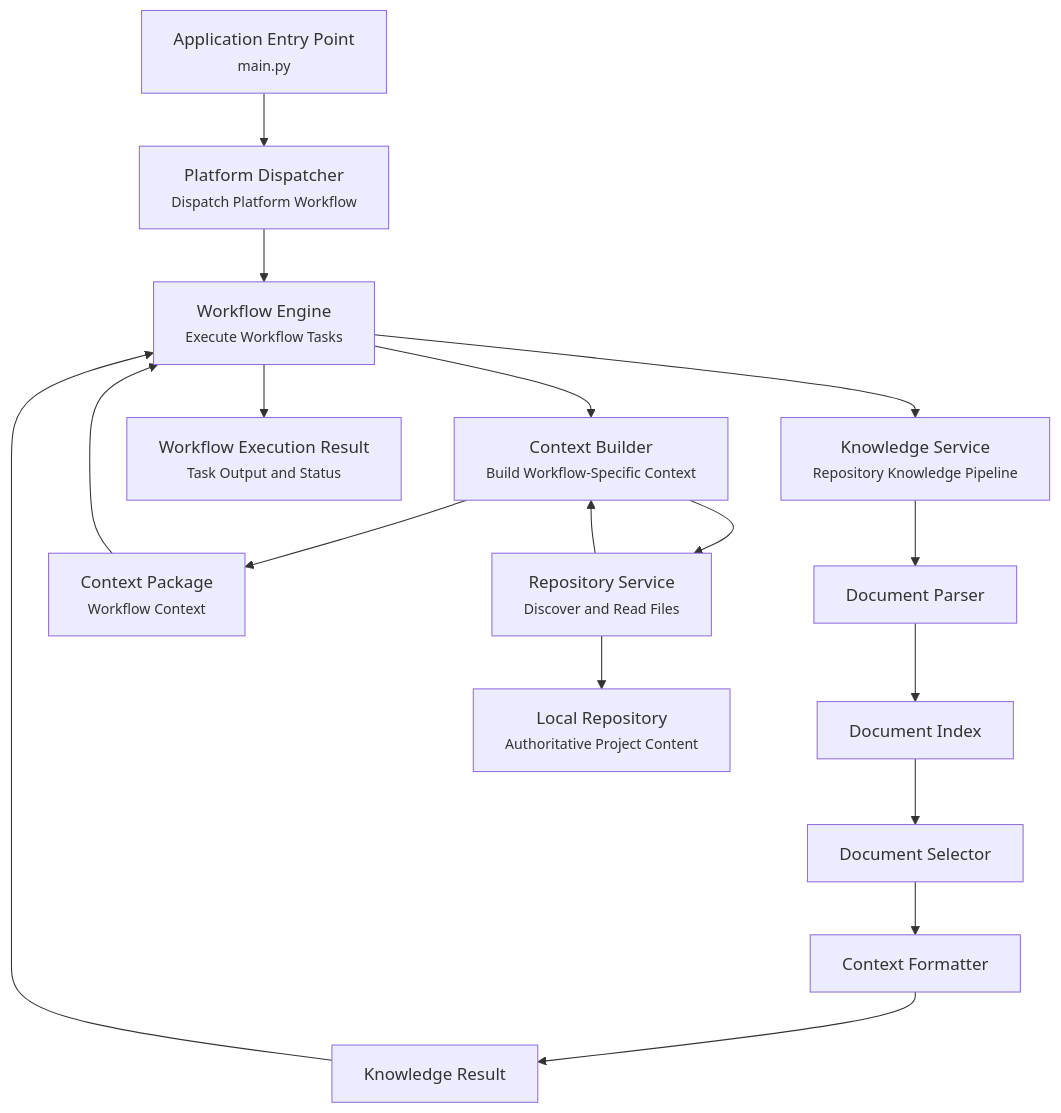
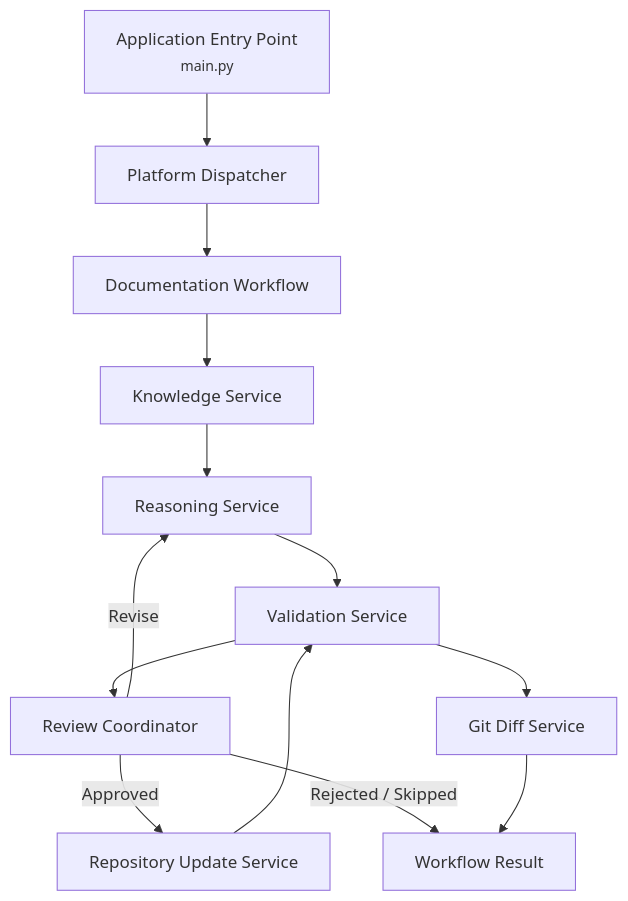
Before and after one commit to pgailinas/project0: the diagram in docs/Documentation_Agent_Architecture.md, drawn with Mermaid. The commit also changed other lines of this file and 24 other files, not shown here.

````diff
--- a/docs/Documentation_Agent_Architecture.md
+++ b/docs/Documentation_Agent_Architecture.md
@@ -42,41 +42,32 @@
 ```mermaid
 flowchart TD
     A["Application Entry Point<br/><small>main.py</small>"]
-    B["Platform Dispatcher<br/><small>Dispatch Platform Workflow</small>"]
-    C["Workflow Engine<br/><small>Execute Workflow Tasks</small>"]
+    B["Platform Dispatcher"]
+    C["Documentation Workflow"]
 
-    D["Context Builder<br/><small>Build Workflow-Specific Context</small>"]
-    E["Repository Service<br/><small>Discover and Read Files</small>"]
-    F["Context Package<br/><small>Workflow Context</small>"]
+    D["Knowledge Service"]
+    E["Reasoning Service"]
+    F["Validation Service"]
 
-    G["Knowledge Service<br/><small>Repository Knowledge Pipeline</small>"]
-    H["Document Parser"]
-    I["Document Index"]
-    J["Document Selector"]
-    K["Context Formatter"]
-    L["Knowledge Result"]
+    G["Review Coordinator"]
+    H["Repository Update Service"]
+    I["Git Diff Service"]
 
-    M["Workflow Execution Result<br/><small>Task Output and Status</small>"]
-
-    N["Local Repository<br/><small>Authoritative Project Content</small>"]
+    J["Workflow Result"]
 
     A --> B
     B --> C
 
     C --> D
     D --> E
-    E --> N
-    E --> D
-    D --> F
-    F --> C
+    E --> F
+    F --> G
 
-    C --> G
-    G --> H
-    H --> I
+    G -->|Approved| H
+    G -->|Rejected / Skipped| J
+    G -->|Revise| E
+
+    H --> F
+    F --> I
     I --> J
-    J --> K
-    K --> L
-    L --> C
-
-    C --> M
 ```
````
